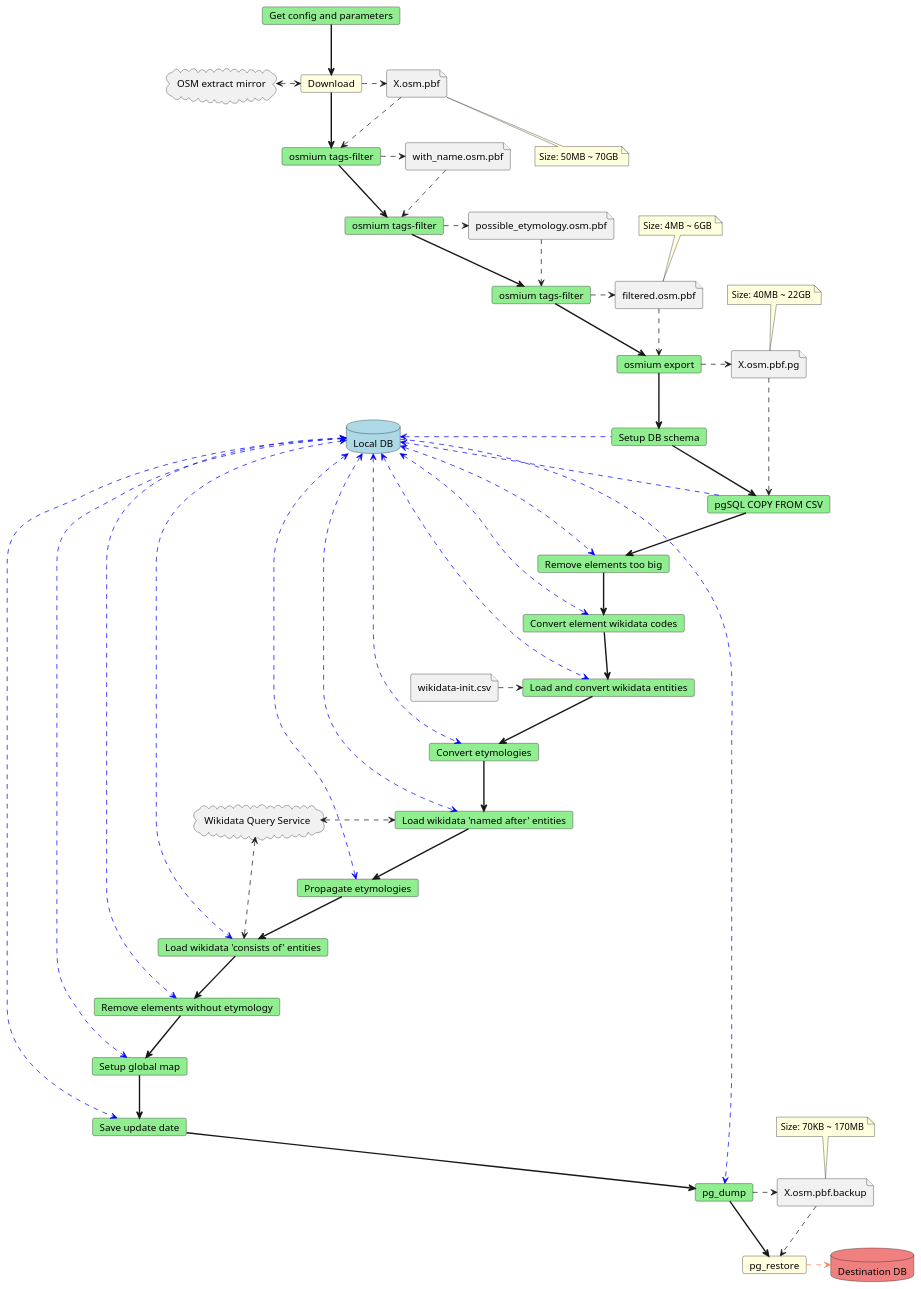
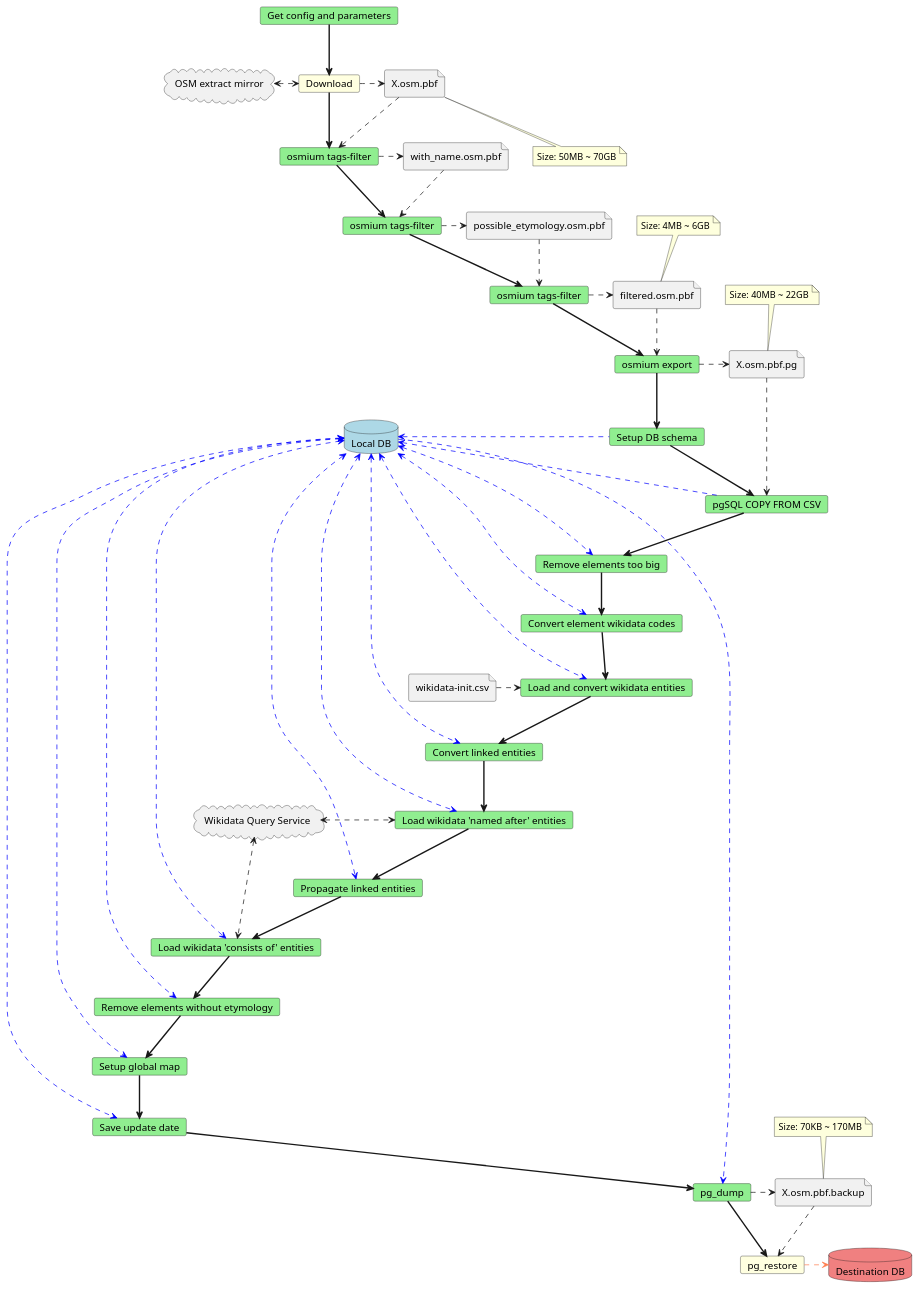
Before and after one commit to Danysan1/osm-wikidata-map-framework: the diagram in airflow/images/db-init.plantuml, drawn with PlantUML. The commit also changed 29 other files, not shown here.

Commit message:
EtymologyFeatureProperties: etymologies -> linked_entities, + linked_entity_count

```diff
--- a/airflow/images/db-init.plantuml
+++ b/airflow/images/db-init.plantuml
@@ -1,123 +1,123 @@
 @startuml db-init
 
 card "Get config and parameters" as param #LightGreen
 cloud "OSM extract mirror" as mirror
 file X.osm.pbf
 card Download #LightYellow
 mirror <.> Download
 param -[bold]-> Download
 Download .> X.osm.pbf
 
 note as xsize
   Size: 50MB ~ 70GB
 end note
 X.osm.pbf .. xsize
 
 card "osmium tags-filter" as filter1 #LightGreen
 file with_name.osm.pbf as file1
 X.osm.pbf .> filter1
 Download -[bold]-> filter1
 filter1 .> file1
 
 card "osmium tags-filter" as filter2 #LightGreen
 file possible_etymology.osm.pbf as file2
 file1 .> filter2
 filter1 -[bold]-> filter2
 filter2 .> file2
 
 card "osmium tags-filter" as filter3 #LightGreen
 file filtered.osm.pbf as file3
 file2 .> filter3
 filter2 -[bold]-> filter3
 filter3 .> file3
 
 note as 3size
   Size: 4MB ~ 6GB
 end note
 3size .. file3
 
 card "osmium export" as export #LightGreen
 file X.osm.pbf.pg as tsv
 file3 .> export
 filter3 -[bold]-> export
 export .> tsv
 
 note as tsvsize
   Size: 40MB ~ 22GB
 end note
 tsvsize .. tsv
 
 database "Local DB" as db #LightBlue
 card "Setup DB schema" as setup #LightGreen
 setup .left.> db #Blue
 export -[bold]-> setup
 
 card "pgSQL COPY FROM CSV" as copy #LightGreen
 tsv .> copy
 setup -[bold]-> copy
 copy .left.> db #Blue
 
 card "Remove elements too big" as toobig #LightGreen
 toobig <.left.> db #Blue
 copy -[bold]-> toobig
 
 card "Convert element wikidata codes" as wdcod #LightGreen
 wdcod <.left.> db #Blue
 toobig -[bold]-> wdcod
 
 card "Load and convert wikidata entities" as wdent #LightGreen
 file "wikidata-init.csv" as csv
 csv .> wdent
 wdent <.left.> db #Blue
 wdcod -[bold]-> wdent
 
-card "Convert etymologies" as ety #LightGreen
+card "Convert linked entities" as ety #LightGreen
 ety <.left.> db #Blue
 wdent -[bold]-> ety
 
 cloud "Wikidata Query Service" as wd
 
 card "Load wikidata 'named after' entities" as wdnaent #LightGreen
 wd <.> wdnaent
 wdnaent <.left.> db #Blue
 ety -[bold]-> wdnaent
 
-card "Propagate etymologies" as propagate #LightGreen
+card "Propagate linked entities" as propagate #LightGreen
 propagate <.left.> db #Blue
 wdnaent -[bold]-> propagate
 
 card "Load wikidata 'consists of' entities" as wdcoent #LightGreen
 wd <.> wdcoent
 wdcoent <.left.> db #Blue
 propagate -[bold]-> wdcoent
 
 card "Remove elements without etymology" as temp #LightGreen
 temp <.left.> db #Blue
 wdcoent -[bold]-> temp
 
 card "Setup global map" as global #LightGreen
 global <.left.> db #Blue
 temp -[bold]-> global
 
 card "Save update date" as date #LightGreen
 date <.left.> db #Blue
 global -[bold]-> date
 
 file X.osm.pbf.backup as backup
 card pg_dump #LightGreen
 db .> pg_dump #Blue
 pg_dump .> backup
 date -[bold]-> pg_dump
 
 note as busize
   Size: 70KB ~ 170MB
 end note
 busize .. backup
 
 database "Destination DB" as destdb #LightCoral
 card pg_restore #LightYellow
 backup .> pg_restore
 pg_restore .> destdb #Coral
 pg_dump -[bold]-> pg_restore
 
 @enduml
```
